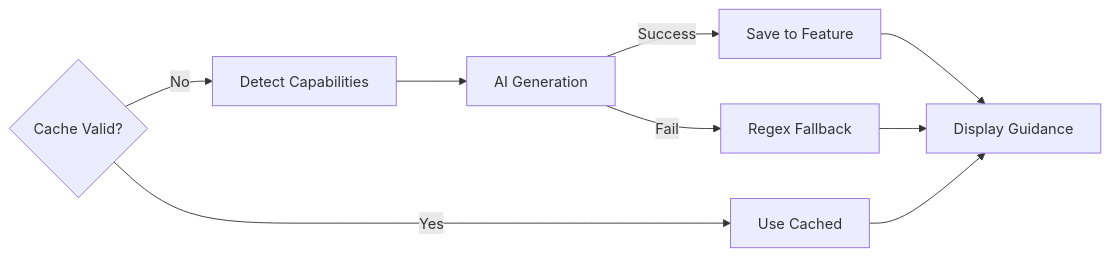
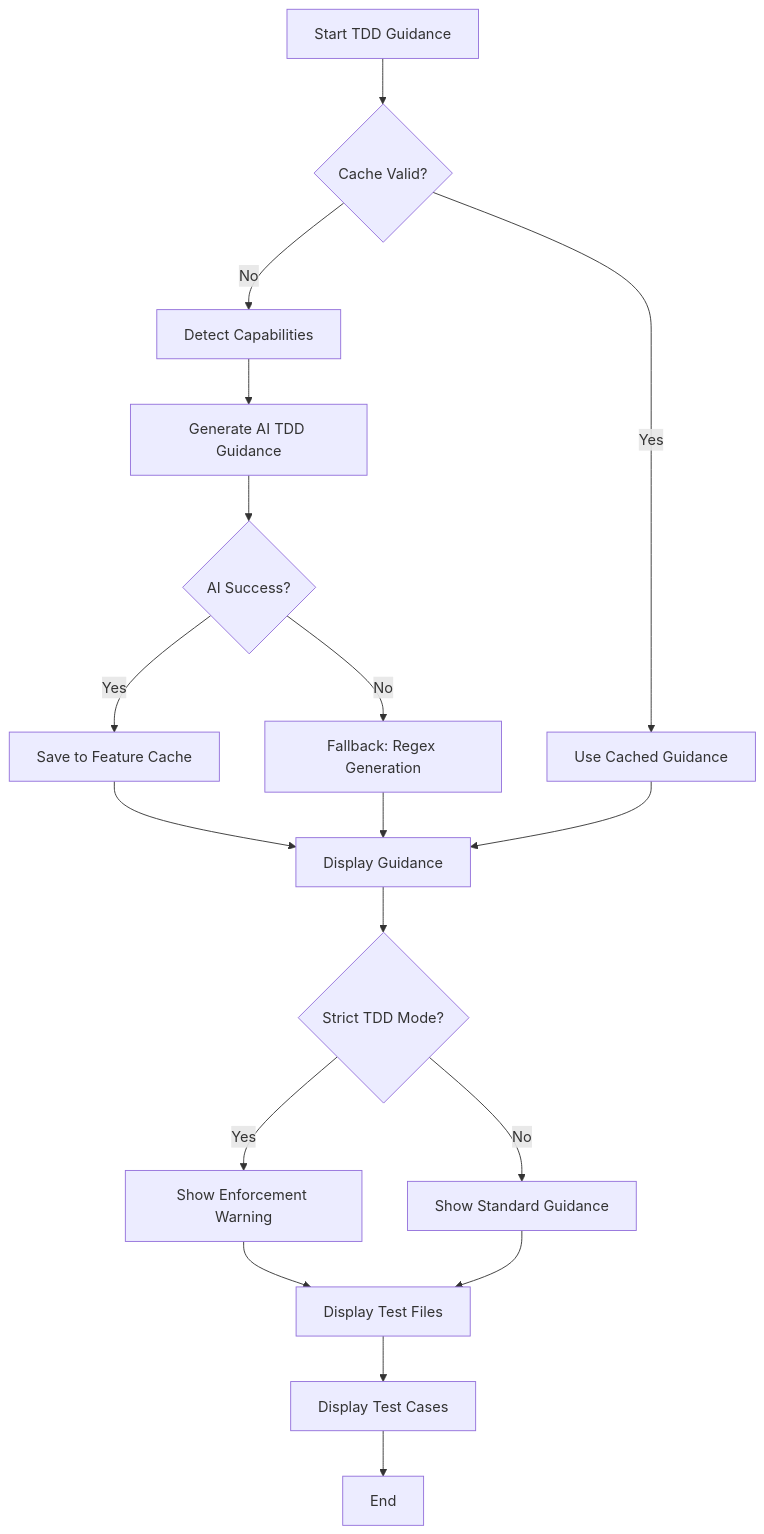
One commit to jerejones/agent-foreman changed the fourth of 4 diagrams in docs/commands/next.md. Above: the diagram before and after it, drawn with Mermaid. The commit also changed other lines of this file and 379 other files, not shown here.

````diff
--- a/docs/commands/next.md
+++ b/docs/commands/next.md
@@ -190,11 +290,24 @@
 ```mermaid
-flowchart LR
-    Check{Cache Valid?} -->|Yes| UseCached[Use Cached]
-    Check -->|No| Detect[Detect Capabilities]
-    Detect --> AIGen[AI Generation]
-    AIGen -->|Success| Save[Save to Feature]
-    AIGen -->|Fail| Regex[Regex Fallback]
-    Save --> Display
-    Regex --> Display
-    UseCached --> Display[Display Guidance]
+flowchart TD
+    A[Start TDD Guidance] --> B{Cache Valid?}
+    B -->|Yes| C[Use Cached Guidance]
+    B -->|No| D[Detect Capabilities]
+
+    D --> E[Generate AI TDD Guidance]
+    E --> F{AI Success?}
+    F -->|Yes| G[Save to Feature Cache]
+    F -->|No| H[Fallback: Regex Generation]
+
+    G --> I[Display Guidance]
+    H --> I
+    C --> I
+
+    I --> J{Strict TDD Mode?}
+    J -->|Yes| K[Show Enforcement Warning]
+    J -->|No| L[Show Standard Guidance]
+
+    K --> M[Display Test Files]
+    L --> M
+    M --> N[Display Test Cases]
+    N --> O[End]
 ```
````
